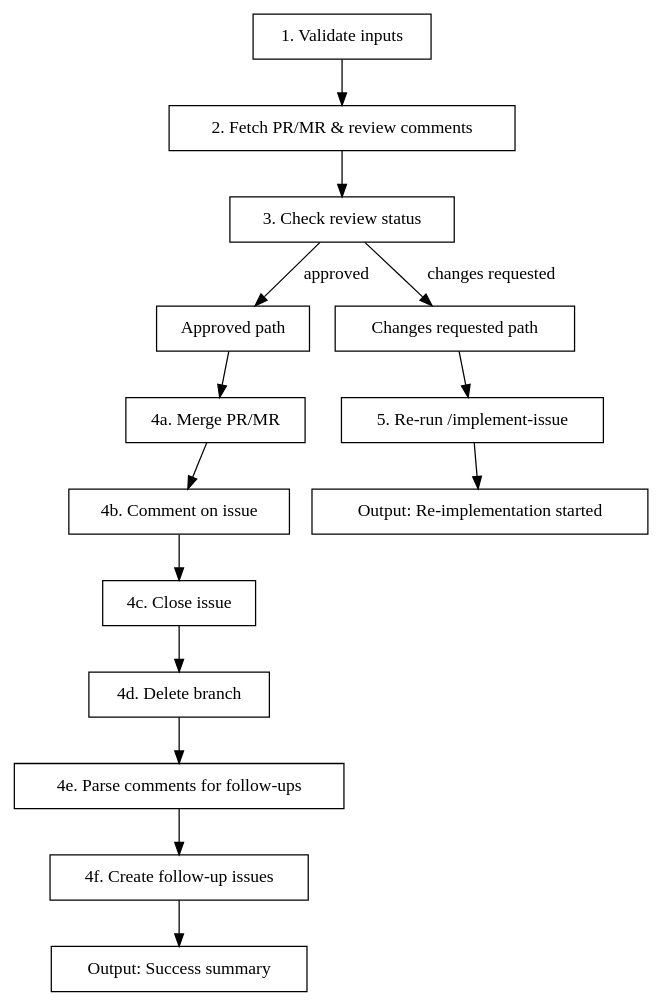
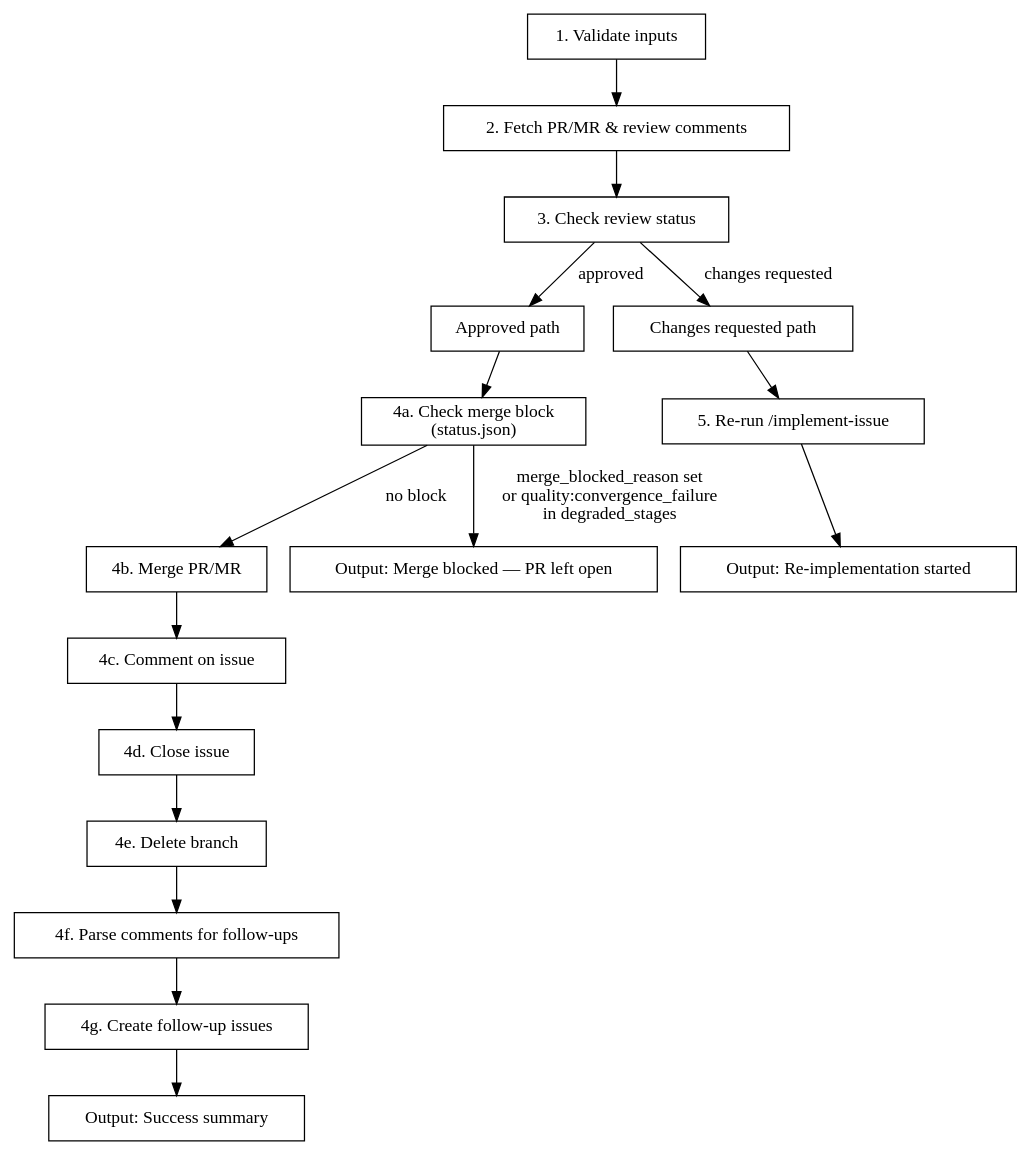
The diagram in .claude/skills/process-pr/SKILL.md (stevegrocott/claude-pipeline), drawn with Graphviz before and after one commit. The commit also changed other lines of this file and 1 other file, not shown here.

First line of the commit message:
feat(issue-314): block process-pr merge on convergence failure

````diff
--- a/.claude/skills/process-pr/SKILL.md
+++ b/.claude/skills/process-pr/SKILL.md
@@ -62,32 +62,37 @@
 ```dot
 digraph process_pr {
     rankdir=TB;
     node [shape=box];
 
     validate [label="1. Validate inputs"];
     fetch [label="2. Fetch PR/MR & review comments"];
     check [label="3. Check review status"];
 
     approved [label="Approved path"];
     changes [label="Changes requested path"];
 
-    merge [label="4a. Merge PR/MR"];
-    comment [label="4b. Comment on issue"];
-    close [label="4c. Close issue"];
-    delete [label="4d. Delete branch"];
-    parse [label="4e. Parse comments for follow-ups"];
-    create_issues [label="4f. Create follow-up issues"];
+    check_block [label="4a. Check merge block\n(status.json)"];
+    merge [label="4b. Merge PR/MR"];
+    comment [label="4c. Comment on issue"];
+    close [label="4d. Close issue"];
+    delete [label="4e. Delete branch"];
+    parse [label="4f. Parse comments for follow-ups"];
+    create_issues [label="4g. Create follow-up issues"];
 
     rerun [label="5. Re-run /implement-issue"];
 
     output_success [label="Output: Success summary"];
+    output_blocked [label="Output: Merge blocked — PR left open"];
     output_rerun [label="Output: Re-implementation started"];
 
     validate -> fetch -> check;
     check -> approved [label="approved"];
     check -> changes [label="changes requested"];
 
-    approved -> merge -> comment -> close -> delete -> parse -> create_issues -> output_success;
+    approved -> check_block;
+    check_block -> merge [label="no block"];
+    check_block -> output_blocked [label="merge_blocked_reason set\nor quality:convergence_failure\nin degraded_stages"];
+    merge -> comment -> close -> delete -> parse -> create_issues -> output_success;
     changes -> rerun -> output_rerun;
 }
 ```
````
